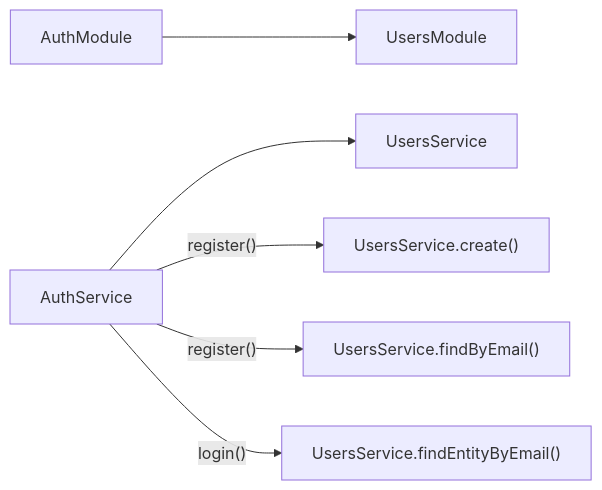
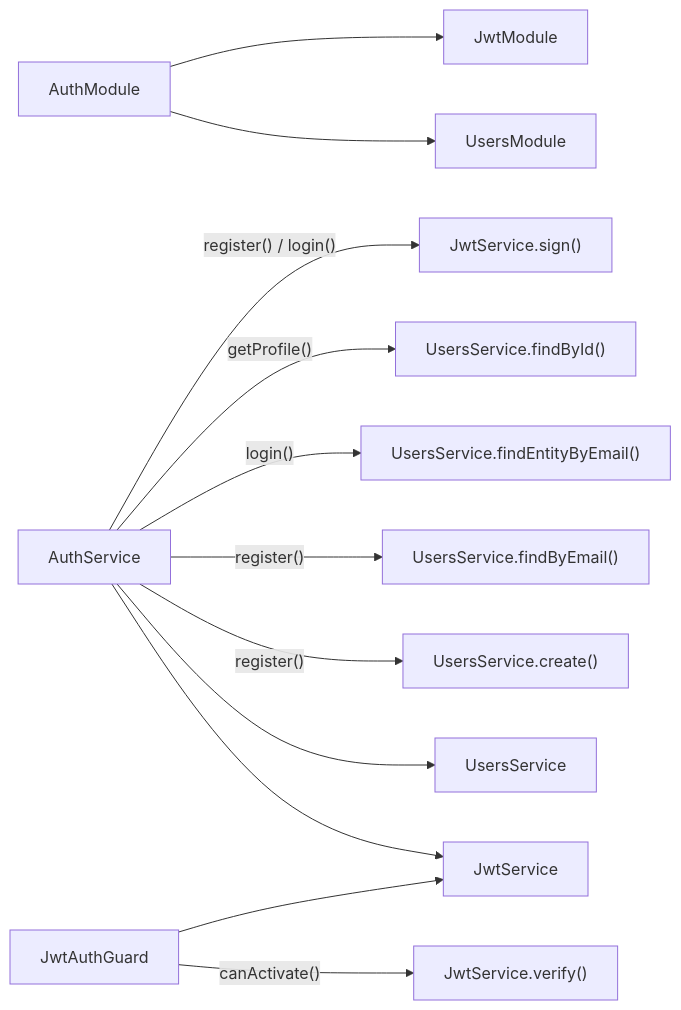
The fourth of 5 diagrams in docs/architecture/auth-flow.md (KLJr-Dev/KC-Project), drawn with Mermaid before and after one commit. The commit also changed other lines of this file and 2 other files, not shown here.

First line of the commit message:
docs: update auth-flow docs, diagrams, and roadmap for v0.1.3

````diff
--- a/docs/architecture/auth-flow.md
+++ b/docs/architecture/auth-flow.md
@@ -154,9 +209,16 @@
 ```mermaid
 graph LR
     AuthModule --> UsersModule
+    AuthModule --> JwtModule
+
     AuthSvc["AuthService"] --> UsersSvc["UsersService"]
+    AuthSvc --> JwtSvc["JwtService"]
+    Guard["JwtAuthGuard"] --> JwtSvc
 
     AuthSvc -->|"register()"| CreateUser["UsersService.create()"]
     AuthSvc -->|"register()"| FindByEmail["UsersService.findByEmail()"]
     AuthSvc -->|"login()"| FindEntity["UsersService.findEntityByEmail()"]
+    AuthSvc -->|"getProfile()"| FindById["UsersService.findById()"]
+    AuthSvc -->|"register() / login()"| Sign["JwtService.sign()"]
+    Guard -->|"canActivate()"| Verify["JwtService.verify()"]
 ```
````
